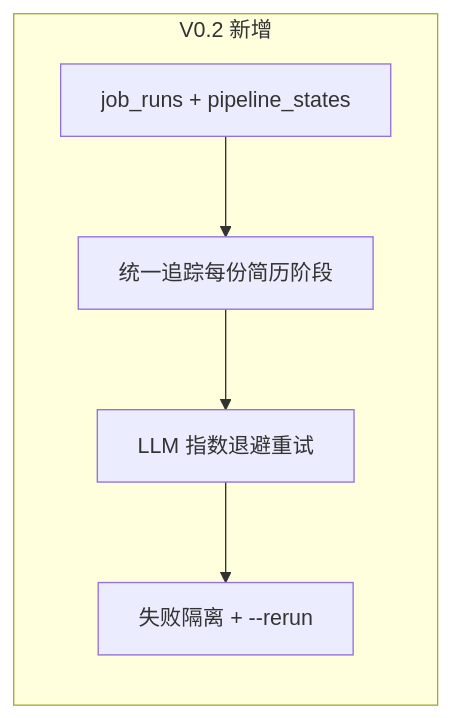
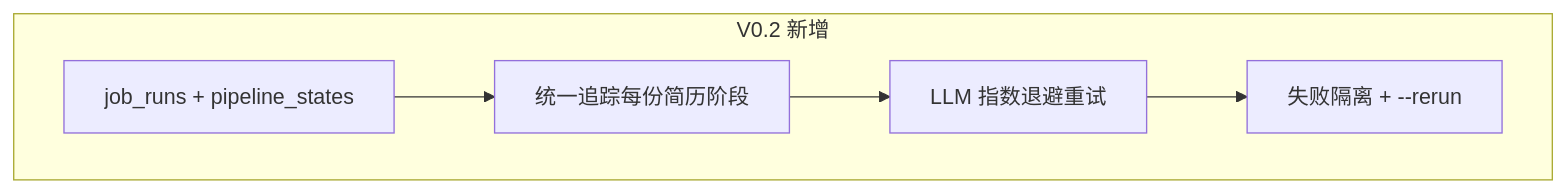
The third of 6 diagrams in docs/roadmap.md (MT-SUPER-POWER/ResumeAgent), drawn with Mermaid before and after one commit. The commit also changed other lines of this file and 7 other files, not shown here.

````diff
--- a/docs/roadmap.md
+++ b/docs/roadmap.md
@@ -83,8 +88,9 @@
 ```mermaid
 flowchart LR
   subgraph V02["V0.2 新增"]
+    direction LR
     A["job_runs + pipeline_states"] --> B["统一追踪每份简历阶段"]
     B --> C["LLM 指数退避重试"]
     C --> D["失败隔离 + --rerun"]
   end
 ```
````
